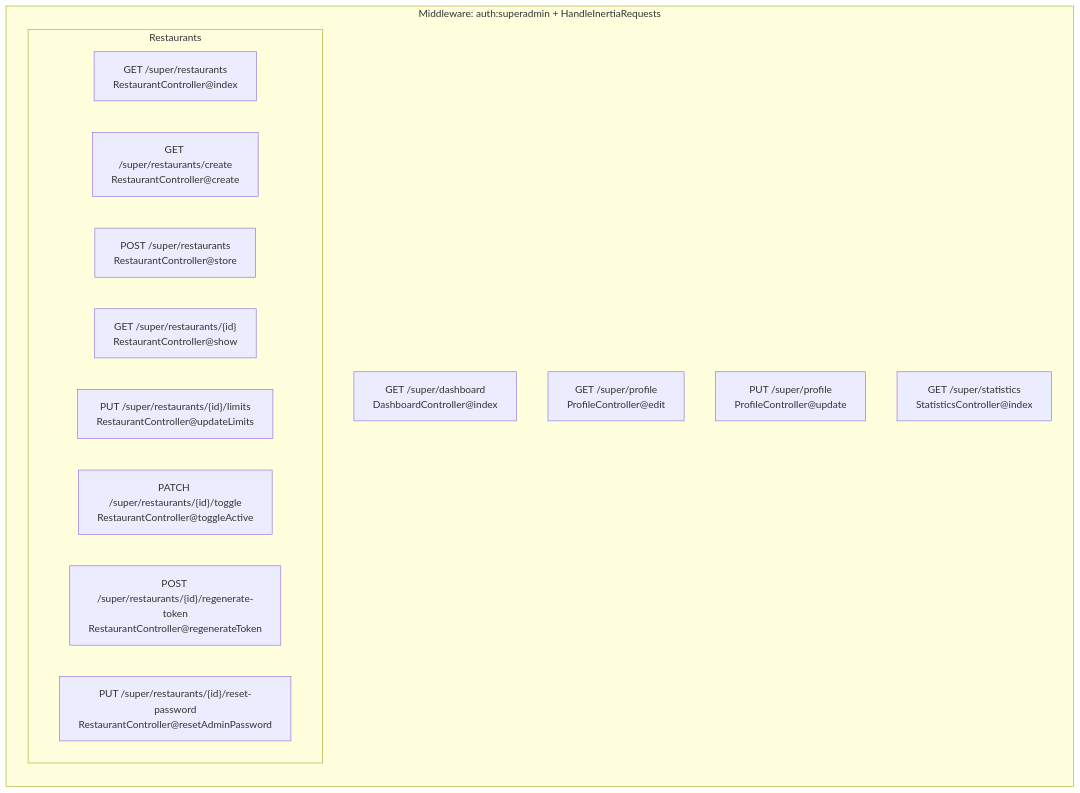
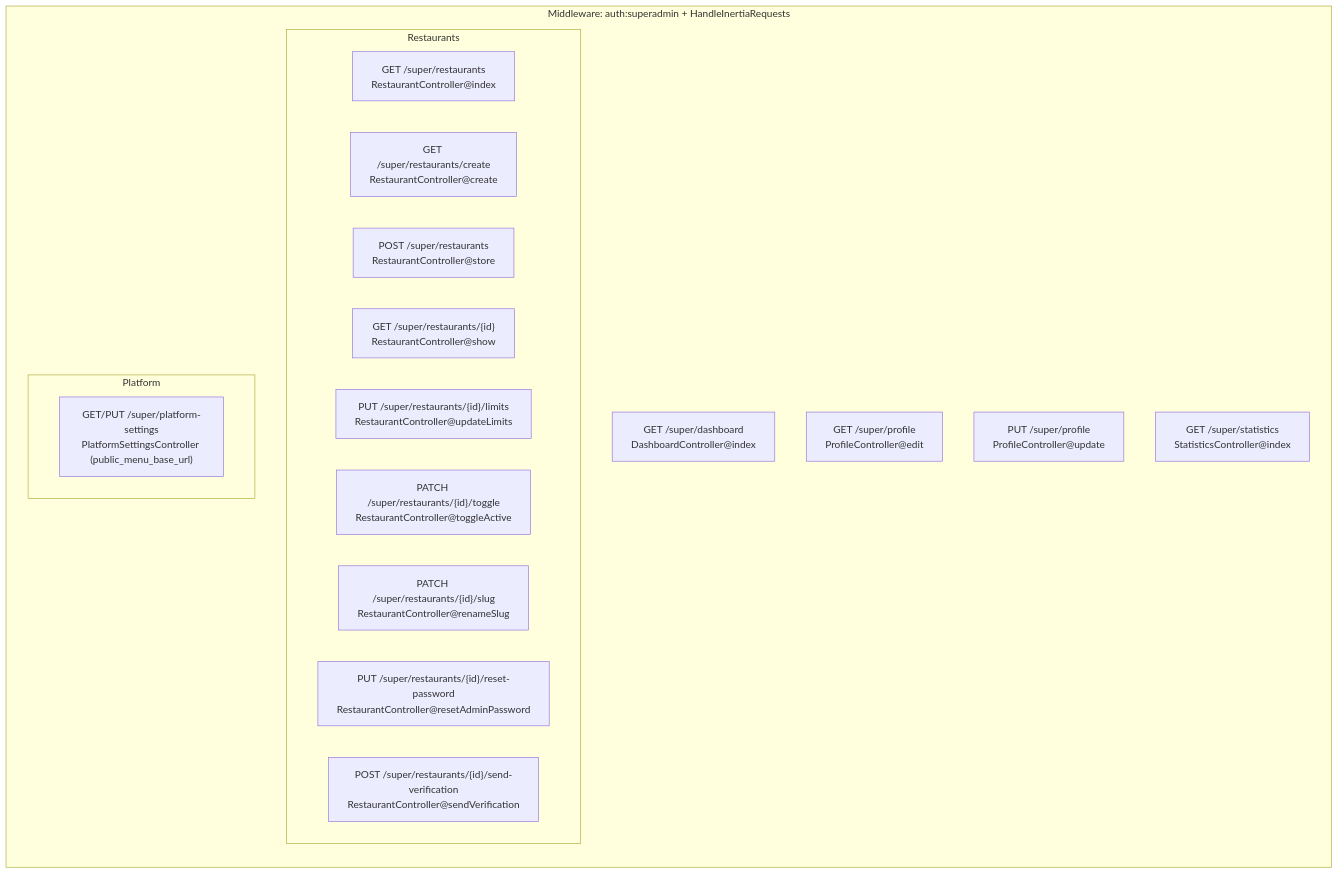
One commit to apscreativas/pideaqui-back changed the fifth of 14 diagrams in docs/BACKEND_ARCHITECTURE_DIAGRAMS.md. Above: the diagram before and after it, drawn with Mermaid. The commit also changed other lines of this file and 84 other files, not shown here.

````diff
--- a/docs/BACKEND_ARCHITECTURE_DIAGRAMS.md
+++ b/docs/BACKEND_ARCHITECTURE_DIAGRAMS.md
@@ -426,21 +430,26 @@
 ```mermaid
 graph LR
     subgraph AuthSA["Middleware: auth:superadmin + HandleInertiaRequests"]
         SA_DASH["GET /super/dashboard<br/>DashboardController@index"]
 
         subgraph Restaurants
             SA_R_IDX["GET /super/restaurants<br/>RestaurantController@index"]
             SA_R_C["GET /super/restaurants/create<br/>RestaurantController@create"]
             SA_R_S["POST /super/restaurants<br/>RestaurantController@store"]
             SA_R_SH["GET /super/restaurants/{id}<br/>RestaurantController@show"]
             SA_R_LIM["PUT /super/restaurants/{id}/limits<br/>RestaurantController@updateLimits"]
             SA_R_TOG["PATCH /super/restaurants/{id}/toggle<br/>RestaurantController@toggleActive"]
-            SA_R_TK["POST /super/restaurants/{id}/regenerate-token<br/>RestaurantController@regenerateToken"]
+            SA_R_SLUG["PATCH /super/restaurants/{id}/slug<br/>RestaurantController@renameSlug"]
             SA_R_PW["PUT /super/restaurants/{id}/reset-password<br/>RestaurantController@resetAdminPassword"]
+            SA_R_VER["POST /super/restaurants/{id}/send-verification<br/>RestaurantController@sendVerification"]
+        end
+
+        subgraph Platform
+            SA_PS["GET/PUT /super/platform-settings<br/>PlatformSettingsController (public_menu_base_url)"]
         end
 
         SA_PROF["GET /super/profile<br/>ProfileController@edit"]
         SA_PROF_U["PUT /super/profile<br/>ProfileController@update"]
         SA_STAT["GET /super/statistics<br/>StatisticsController@index"]
     end
 ```
````
